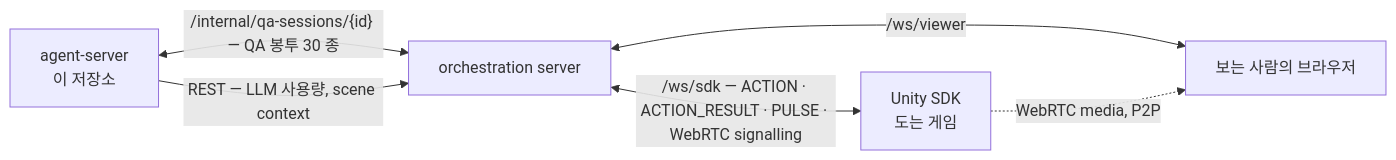
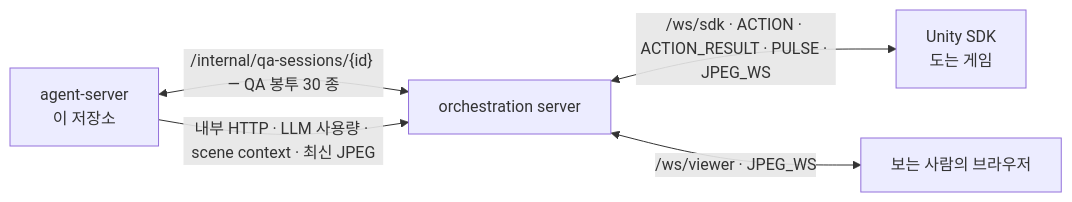
One commit to project-artel/artel-agent-server changed the first of 2 diagrams in docs/architecture.md. Above: the diagram before and after it, drawn with Mermaid. The commit also changed other lines of this file and 5 other files, not shown here.

````diff
--- a/docs/architecture.md
+++ b/docs/architecture.md
@@ -9,13 +9,12 @@
 ```mermaid
 flowchart LR
     agent["agent-server<br>이 저장소"]
     orch["orchestration server"]
     sdk["Unity SDK<br>도는 게임"]
     viewer["보는 사람의 브라우저"]
 
     agent <-->|"/internal/qa-sessions/{id} — QA 봉투 30 종"| orch
-    agent -->|"REST — LLM 사용량, scene context"| orch
-    orch <-->|"/ws/sdk — ACTION · ACTION_RESULT · PULSE · WebRTC signalling"| sdk
-    orch <-->|"/ws/viewer"| viewer
-    sdk -.->|"WebRTC media, P2P"| viewer
+    agent -->|"내부 HTTP · LLM 사용량 · scene context · 최신 JPEG"| orch
+    orch <-->|"/ws/sdk · ACTION · ACTION_RESULT · PULSE · JPEG_WS"| sdk
+    orch <-->|"/ws/viewer · JPEG_WS"| viewer
 ```
````
